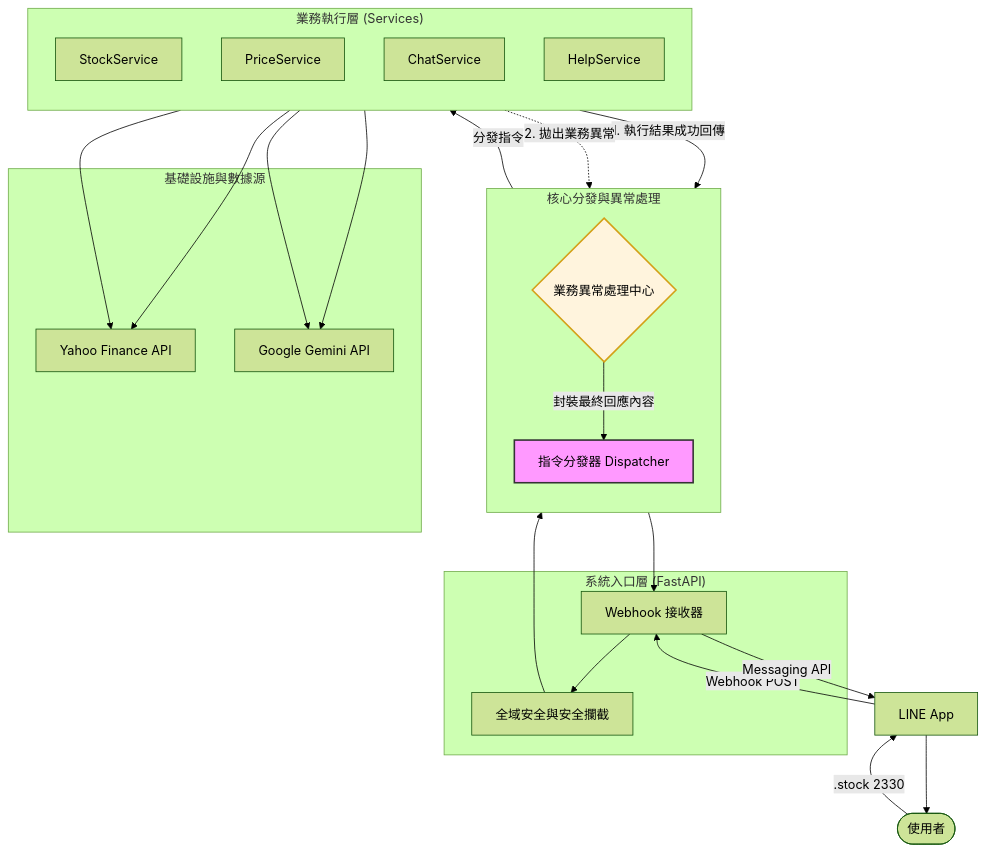
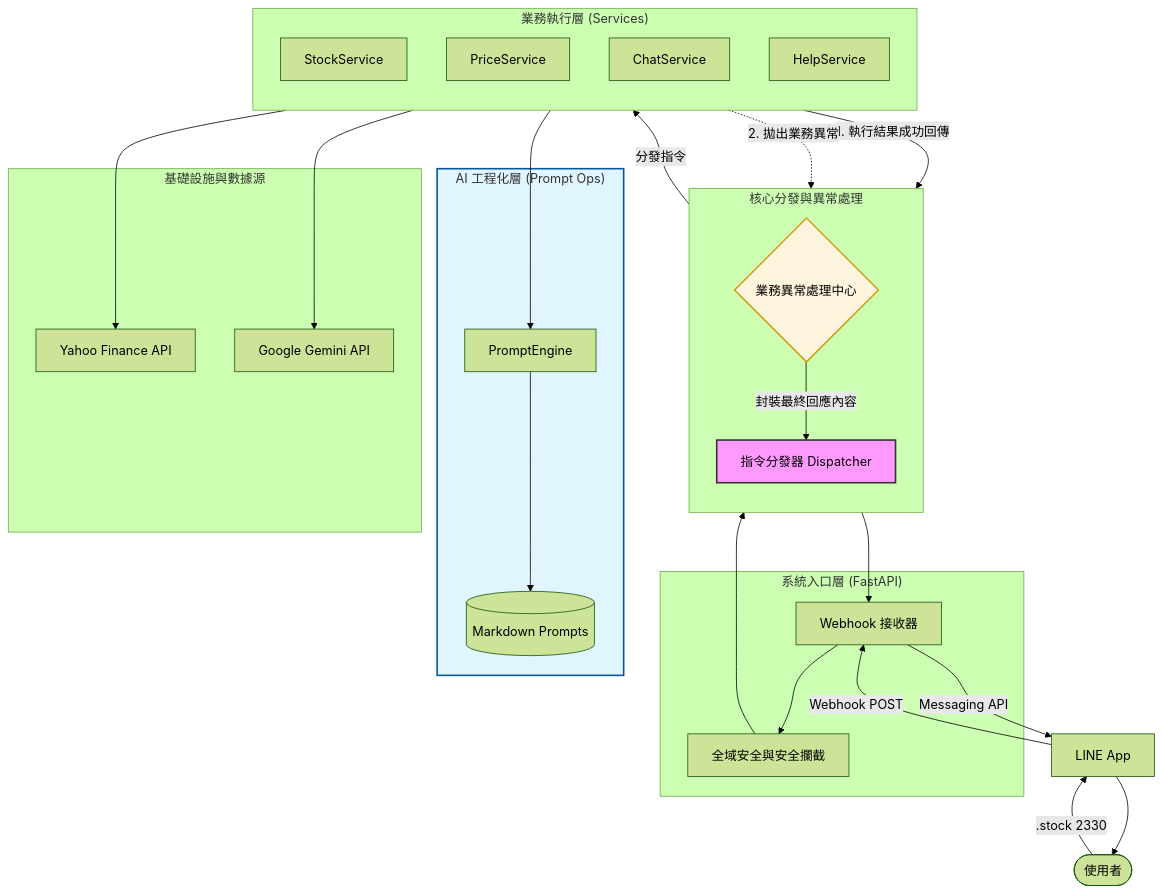
One commit to final898y/LineNexus changed the diagram in README.md. Above: the diagram before and after it, drawn with Mermaid (forest theme). The commit also changed other lines of this file and 8 other files, not shown here.

````diff
--- a/README.md
+++ b/README.md
@@ -11,57 +11,66 @@
 ```mermaid
 graph TD
     %% 外部系統
     User([使用者]) -- ".stock 2330" --> LineApp[LINE App]
     
     %% 框架與入口層
     subgraph Framework ["系統入口層 (FastAPI)"]
         Webhook[Webhook 接收器]
         GlobalGuard[全域安全與安全攔截]
     end
 
     %% 指令分發與異常處理中心
     subgraph Core ["核心分發與異常處理"]
     direction TB
         Dispatcher[指令分發器 Dispatcher]
         ErrorBridge{業務異常處理中心}
     end
 
     %% 業務執行層
     subgraph Services ["業務執行層 (Services)"]
     direction TB
         StockSvc[StockService]
         PriceSvc[PriceService]
         ChatSvc[ChatService]
         HelpSvc[HelpService]
     end
 
+    %% AI 工程化層
+    subgraph AIEngine ["AI 工程化層 (Prompt Ops)"]
+        PromptEngine[PromptEngine]
+        MarkdownPrompts[(Markdown Prompts)]
+    end
+
     %% 外部供應商
     subgraph Providers ["基礎設施與數據源"]
         Yahoo["Yahoo Finance API"]
         Gemini["Google Gemini API"]
     end
 
     %% 流程連線
     LineApp -- "Webhook POST" --> Webhook
     Webhook --> GlobalGuard
     GlobalGuard --> Dispatcher
     
     Dispatcher -- "分發指令" --> Services
     
-    StockSvc --> Yahoo & Gemini
-    PriceSvc --> Yahoo
-    ChatSvc --> Gemini
+    Services --> PromptEngine
+    PromptEngine --> MarkdownPrompts
+    
+    StockSvc --> Yahoo
+    Services --> Gemini
     
     %% 異常與結果回傳路徑
     Services -- "1. 執行結果成功回傳" --> ErrorBridge
     Services -. "2. 拋出業務異常" .-> ErrorBridge
     
     ErrorBridge -- "封裝最終回應內容" --> Dispatcher
     Dispatcher --> Webhook
     Webhook -- "Messaging API" --> LineApp
     LineApp --> User
 
     %% 樣式設定
     style Dispatcher fill:#f9f,stroke:#333,stroke-width:2px
     style ErrorBridge fill:#fff4dd,stroke:#d4a017,stroke-width:2px
+    style AIEngine fill:#e1f5fe,stroke:#01579b,stroke-width:2px
 ```
````
